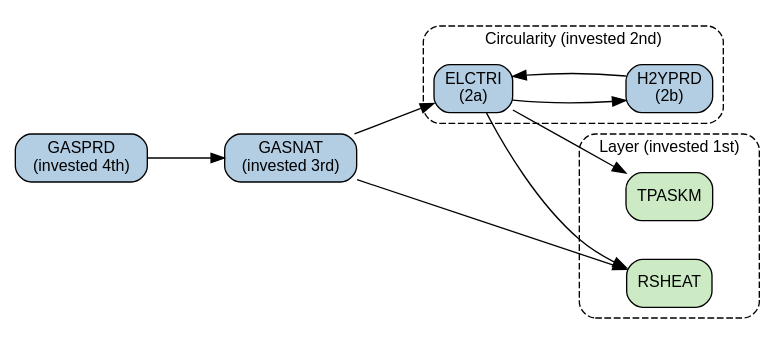
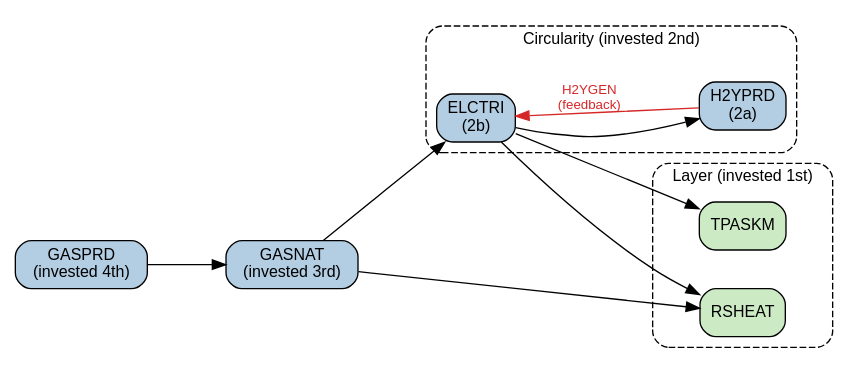
Before and after one commit to EnergySystemsModellingLab/MUSE2: the diagram in docs/images/investment_order_example.dot, drawn with Graphviz. The commit also changed 2 other files, not shown here.

Commit message:
Update graph docs

```diff
--- a/docs/images/investment_order_example.dot
+++ b/docs/images/investment_order_example.dot
@@ -1,36 +1,36 @@
 // Investment order example for docs/model/commodity_graphs.md
 // Render with: dot -Tsvg investment_order_example.dot -o investment_order_example.svg
 digraph investment_order {
     rankdir=LR;
     nodesep=0.4;
     ranksep=0.8;
     node [shape=box, style="rounded,filled", fontname="Helvetica", fontsize=12];
     edge [fontname="Helvetica", fontsize=10];
     fontname="Helvetica";
     fontsize=12;
 
     GASPRD [label="GASPRD\n(invested 4th)", fillcolor="#B3CDE3"];
     GASNAT [label="GASNAT\n(invested 3rd)", fillcolor="#B3CDE3"];
 
     subgraph cluster_cycle {
         label="Circularity (invested 2nd)";
         style="rounded,dashed";
-        ELCTRI [label="ELCTRI\n(2a)", fillcolor="#B3CDE3"];
-        H2YPRD [label="H2YPRD\n(2b)", fillcolor="#B3CDE3"];
+        ELCTRI [label="ELCTRI\n(2b)", fillcolor="#B3CDE3"];
+        H2YPRD [label="H2YPRD\n(2a)", fillcolor="#B3CDE3"];
     }
 
     subgraph cluster_layer {
         label="Layer (invested 1st)";
         style="rounded,dashed";
         TPASKM [fillcolor="#CCEBC5"];
         RSHEAT [fillcolor="#CCEBC5"];
     }
 
     GASPRD -> GASNAT;
     GASNAT -> ELCTRI;
     GASNAT -> RSHEAT;
     ELCTRI -> H2YPRD;
-    H2YPRD -> ELCTRI;
+    H2YPRD -> ELCTRI [label="H2YGEN\n(feedback)", color="#D62728", fontcolor="#D62728"];
     ELCTRI -> RSHEAT;
     ELCTRI -> TPASKM;
 }
```
